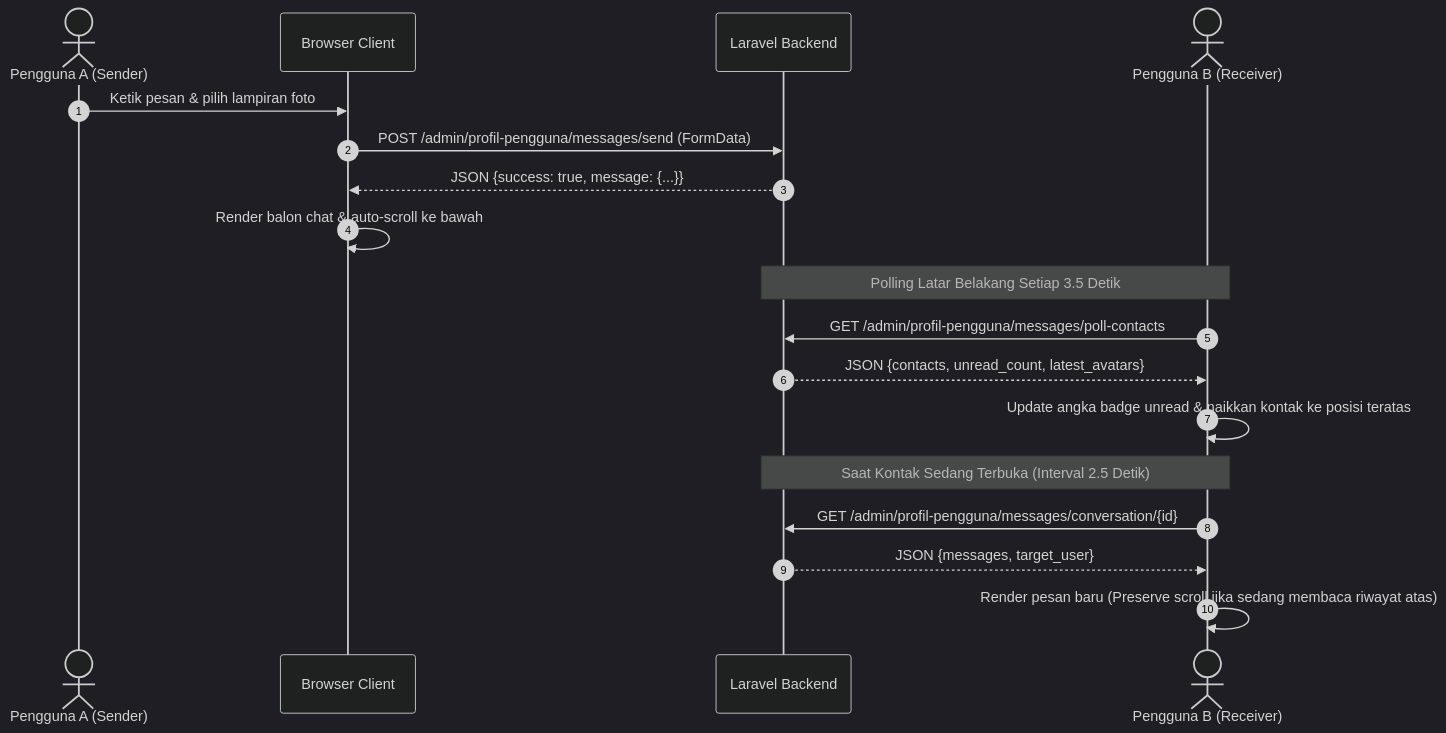
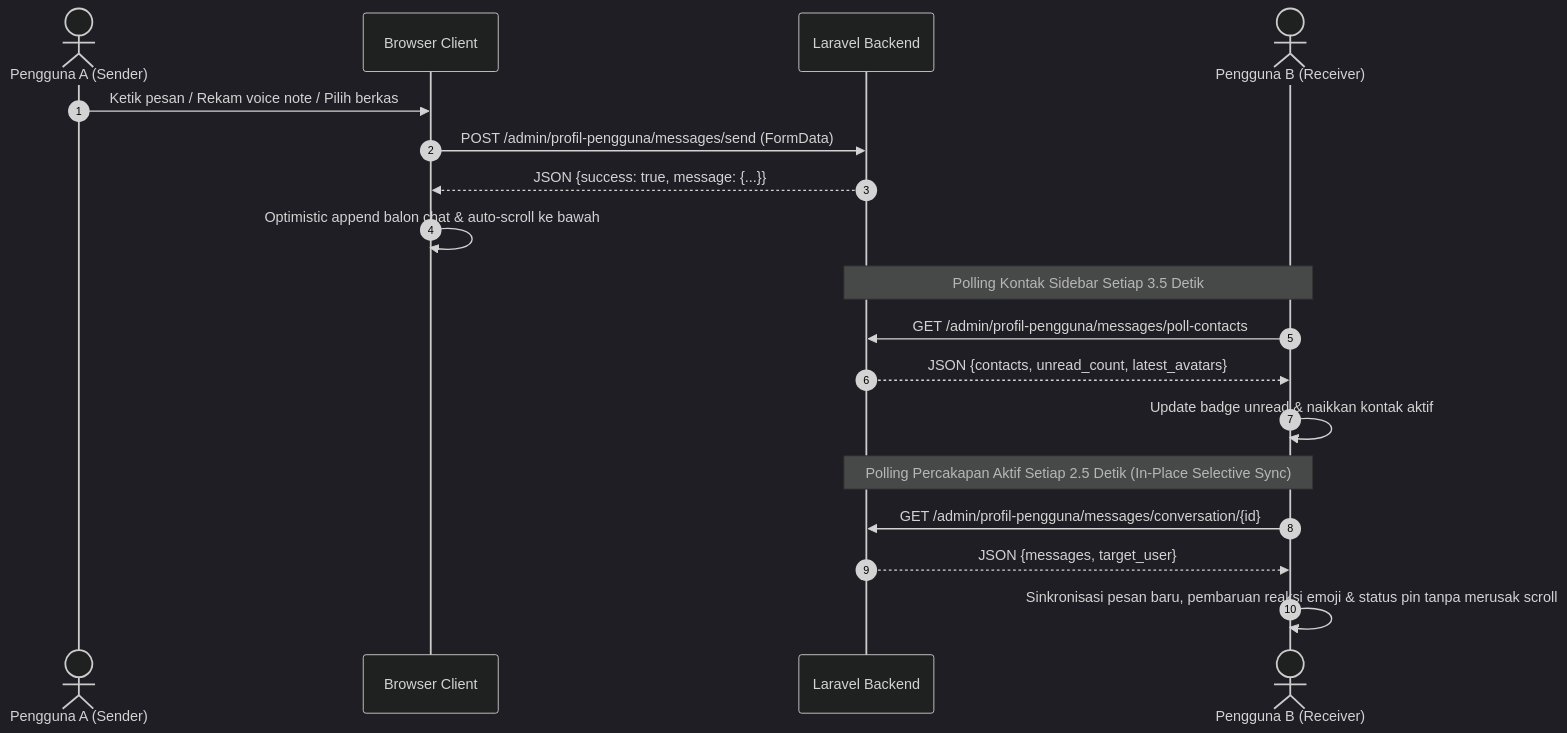
Before and after one commit to AbdoelMadjid/repalogic-dashboard: the second of 2 diagrams in docs/arsitektur_dan_operasional_fitur_chat_messages.md, drawn with Mermaid (dark theme). The commit also changed other lines of this file and 9 other files, not shown here.

Commit message:
docs: synchronize architecture docs with latest features, fix mermaid syntax & remove static version headers

````diff
--- a/docs/arsitektur_dan_operasional_fitur_chat_messages.md
+++ b/docs/arsitektur_dan_operasional_fitur_chat_messages.md
@@ -170,23 +182,23 @@
 ```mermaid
 sequenceDiagram
     autonumber
     actor UserA as Pengguna A (Sender)
     participant Browser as Browser Client
     participant Server as Laravel Backend
     actor UserB as Pengguna B (Receiver)
 
-    UserA->>Browser: Ketik pesan & pilih lampiran foto
+    UserA->>Browser: Ketik pesan / Rekam voice note / Pilih berkas
     Browser->>Server: POST /admin/profil-pengguna/messages/send (FormData)
     Server-->>Browser: JSON {success: true, message: {...}}
-    Browser->>Browser: Render balon chat & auto-scroll ke bawah
+    Browser->>Browser: Optimistic append balon chat & auto-scroll ke bawah
 
-    Note over UserB,Server: Polling Latar Belakang Setiap 3.5 Detik
+    Note over UserB,Server: Polling Kontak Sidebar Setiap 3.5 Detik
     UserB->>Server: GET /admin/profil-pengguna/messages/poll-contacts
     Server-->>UserB: JSON {contacts, unread_count, latest_avatars}
-    UserB->>UserB: Update angka badge unread & naikkan kontak ke posisi teratas
-    
-    Note over UserB,Server: Saat Kontak Sedang Terbuka (Interval 2.5 Detik)
+    UserB->>UserB: Update badge unread & naikkan kontak aktif
+
+    Note over UserB,Server: Polling Percakapan Aktif Setiap 2.5 Detik (In-Place Selective Sync)
     UserB->>Server: GET /admin/profil-pengguna/messages/conversation/{id}
     Server-->>UserB: JSON {messages, target_user}
-    UserB->>UserB: Render pesan baru (Preserve scroll jika sedang membaca riwayat atas)
+    UserB->>UserB: Sinkronisasi pesan baru, pembaruan reaksi emoji & status pin tanpa merusak scroll
 ```
````
